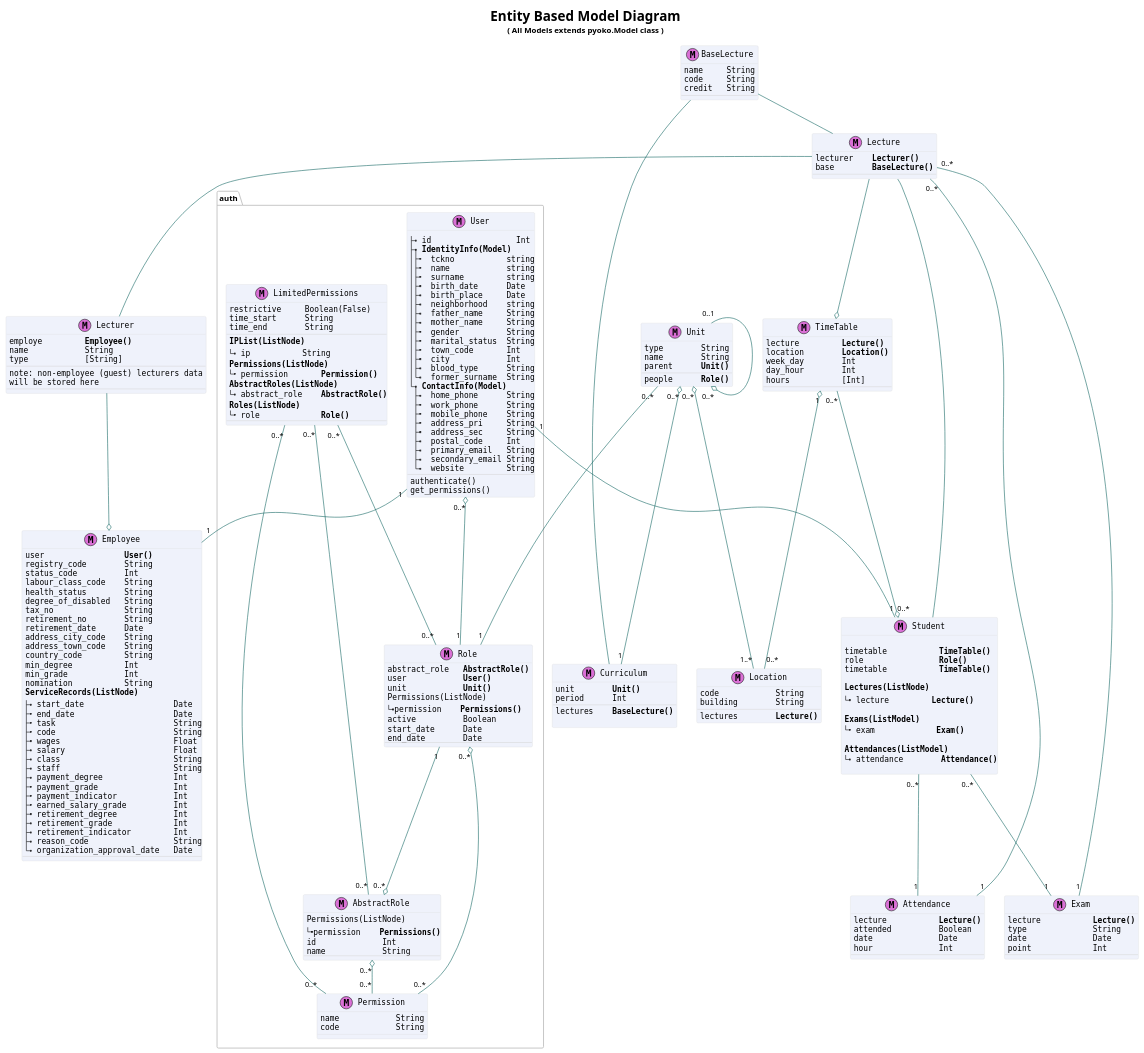
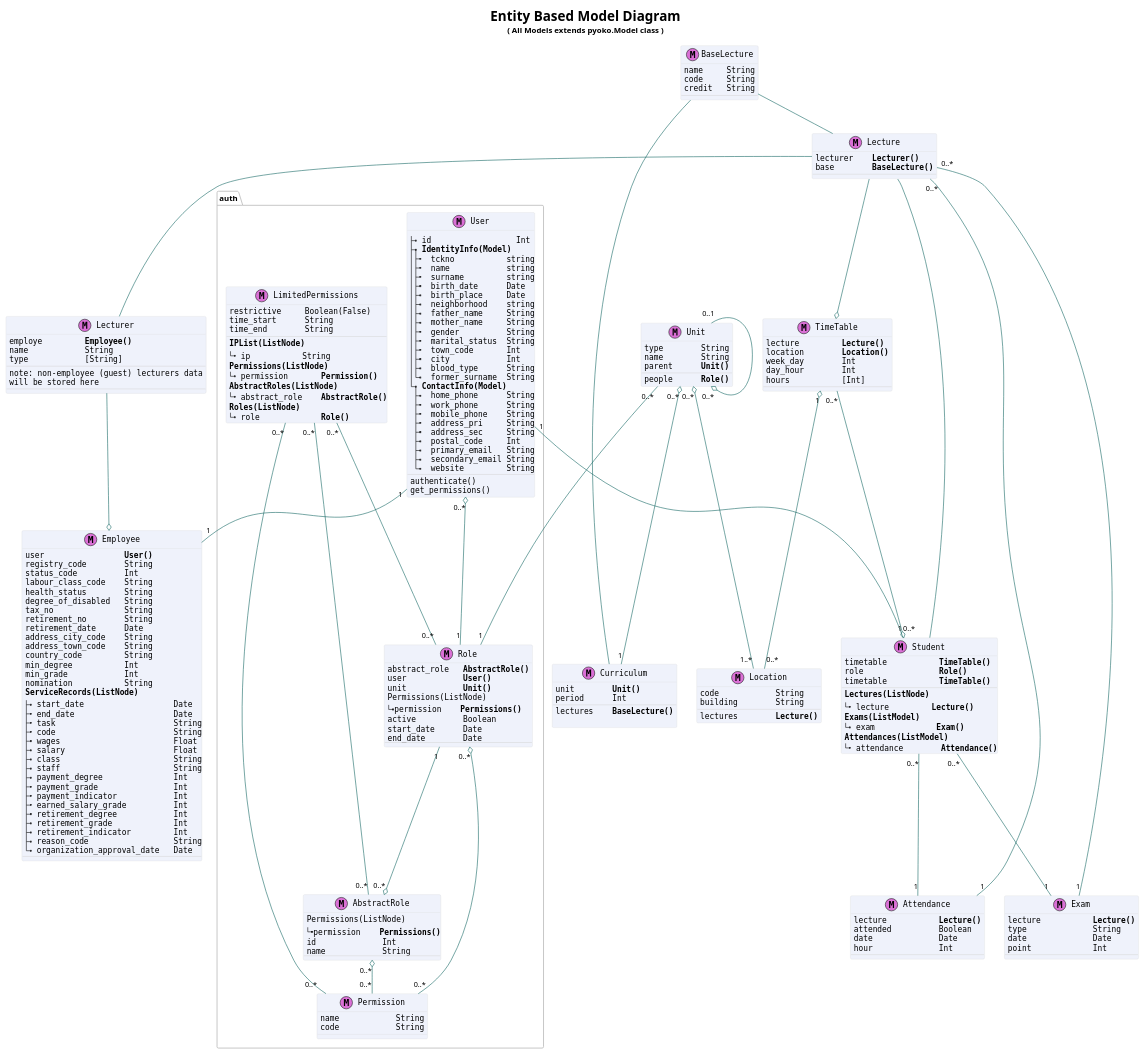
Before and after one commit to zetaops/ulakbus: the diagram in docs/diagrams/models.puml, drawn with PlantUML.

Commit message:
updated models diagram

```diff
--- a/docs/diagrams/models.puml
+++ b/docs/diagrams/models.puml
@@ -72,7 +72,6 @@
 |_ abstract_role    **AbstractRole()**
 **Roles(ListNode)**
 |_ role             **Role()**
---
 }
 LimitedPermissions "0..*" -- "0..*" Permission
 LimitedPermissions "0..*" -- "0..*" Role
@@ -201,20 +200,16 @@
 
 
 class Student <<(M,orchid)>> {
-
 timetable           **TimeTable()**
 role                **Role()**
 timetable           **TimeTable()**
-
+--
 **Lectures(ListNode)**
 |_ lecture         **Lecture()**
-
 **Exams(ListModel)**
 |_ exam             **Exam()**
-
 **Attendances(ListModel)**
 |_ attendance        **Attendance()**
-
 }
 class Exam <<(M,orchid)>> {
 lecture           **Lecture()**
```
